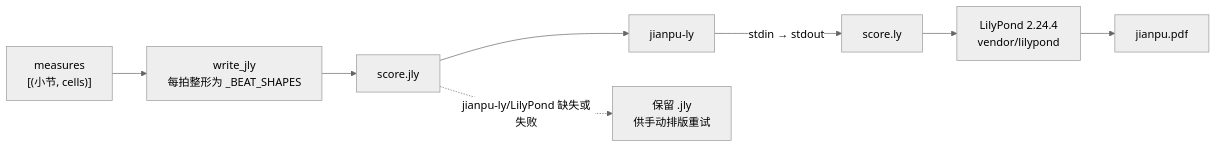
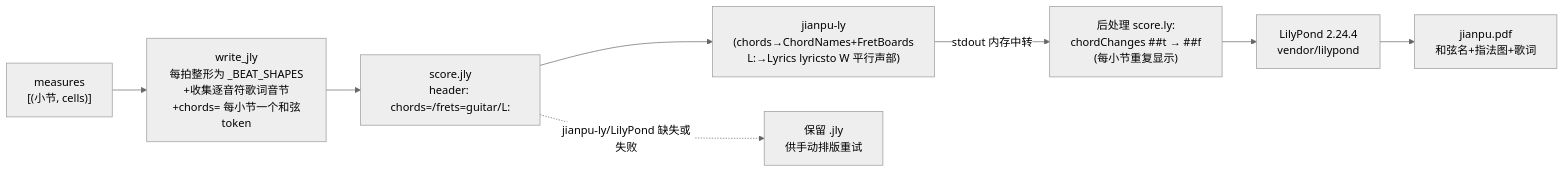
One commit to kaleyroy/JianPuPipeline changed the seventh of 8 diagrams in ARCHITECTURE.md. Above: the diagram before and after it, drawn with Mermaid (neutral theme). The commit also changed other lines of this file and 14 other files, not shown here.

````diff
--- a/ARCHITECTURE.md
+++ b/ARCHITECTURE.md
@@ -264,8 +300,9 @@
 ```mermaid
 flowchart LR
-    MS["measures<br/>[(小节, cells)]"] --> JLY["write_jly<br/>每拍整形为 _BEAT_SHAPES"]
-    JLY --> F1["score.jly"]
-    F1 --> JL["jianpu-ly"] -->|"stdin → stdout"| LYF["score.ly"]
-    LYF --> LP["LilyPond 2.24.4<br/>vendor/lilypond"] --> PDF["jianpu.pdf"]
+    MS["measures<br/>[(小节, cells)]"] --> JLY["write_jly<br/>每拍整形为 _BEAT_SHAPES<br/>+收集逐音符歌词音节<br/>+chords= 每小节一个和弦token"]
+    JLY --> F1["score.jly<br/>header: chords=/frets=guitar/L:"]
+    F1 --> JL["jianpu-ly<br/>(chords→ChordNames+FretBoards<br/>L:→Lyrics lyricsto W 平行声部)"]
+    JL -->|"stdout 内存中转"| FIX["后处理 score.ly:<br/>chordChanges ##t → ##f<br/>(每小节重复显示)"]
+    FIX --> LP["LilyPond 2.24.4<br/>vendor/lilypond"] --> PDF["jianpu.pdf<br/>和弦名+指法图+歌词"]
     F1 -. "jianpu-ly/LilyPond 缺失或失败" .-> KEEP["保留 .jly<br/>供手动排版重试"]
 ```
````
